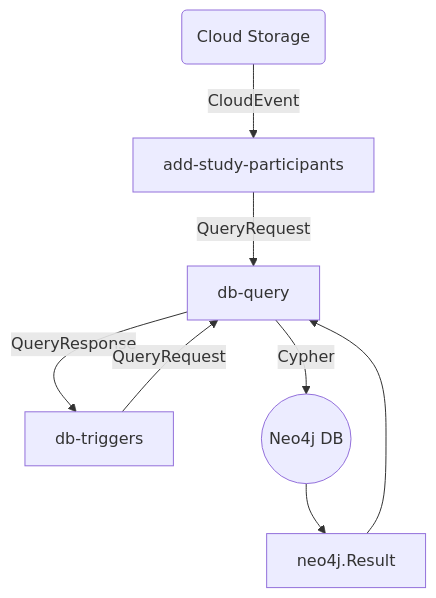
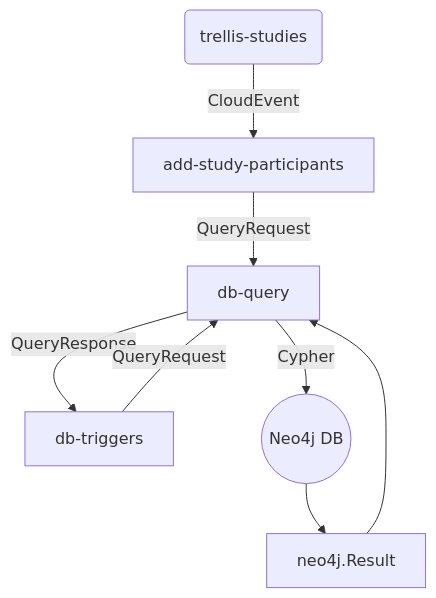
The second of 3 diagrams in _posts/2023-05-12-adding-study-participants-to-neo4j.md (va-big-data-genomics/va-big-data-genomics.github.io), drawn with Mermaid before and after one commit. The commit also changed other lines of this file and 1 other file, not shown here.

```diff
--- a/_posts/2023-05-12-adding-study-participants-to-neo4j.md
+++ b/_posts/2023-05-12-adding-study-participants-to-neo4j.md
@@ -28,9 +32,9 @@
 <div class="mermaid">
     graph TD
-        gcs(Cloud Storage) -- CloudEvent --> add-study-participants
+        gcs(trellis-studies) -- CloudEvent --> add-study-participants
         add-study-participants -- QueryRequest --> db-query
         db-query -- QueryResponse --> db-triggers
         db-triggers -- QueryRequest --> db-query
         db-query -- Cypher --> neo4j((Neo4j DB))
         neo4j --> neo4j.Result --> db-query
 </div>
```
